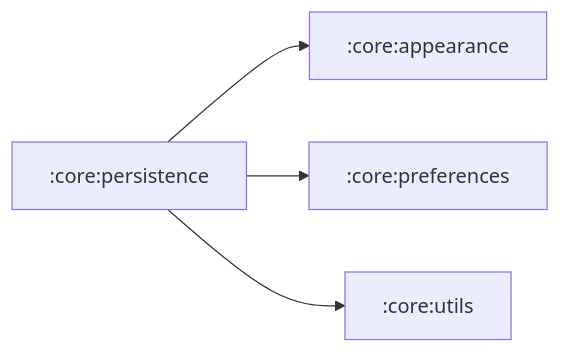
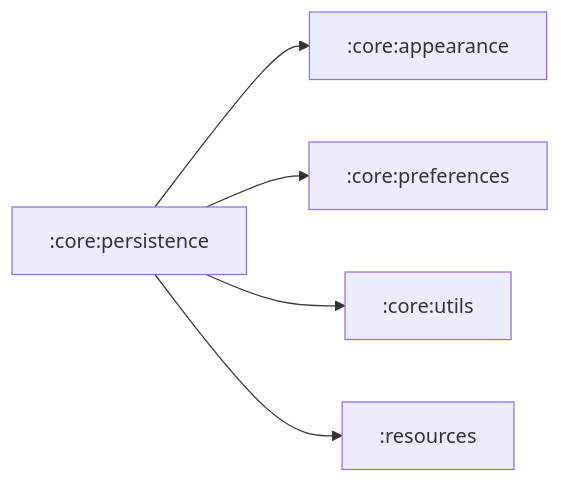
One commit to LiveFastEatTrashRaccoon/RaccoonForLemmy changed diagram 58 of 59 in MODULE_DIAGRAMS.md. Above: the diagram before and after it, drawn with Mermaid. The commit also changed other lines of this file and 1 other file, not shown here.

````diff
--- a/MODULE_DIAGRAMS.md
+++ b/MODULE_DIAGRAMS.md
@@ -975,6 +989,7 @@
 ```mermaid
 flowchart LR
     :core:persistence --> :core:appearance
     :core:persistence --> :core:preferences
     :core:persistence --> :core:utils
+    :core:persistence --> :resources
 ```
````
